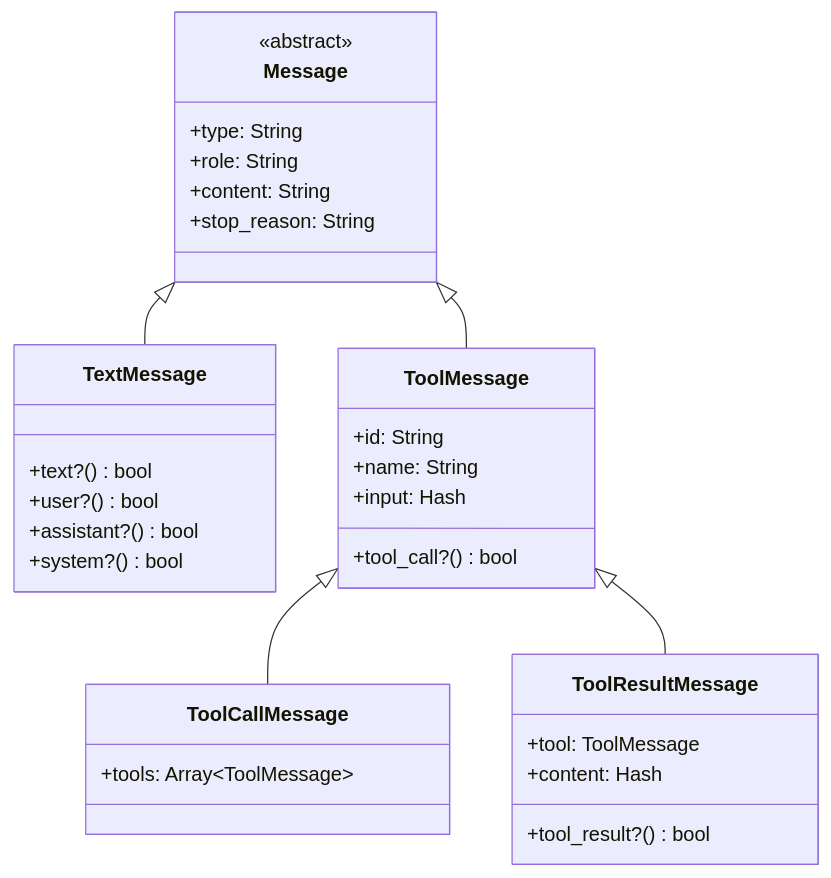
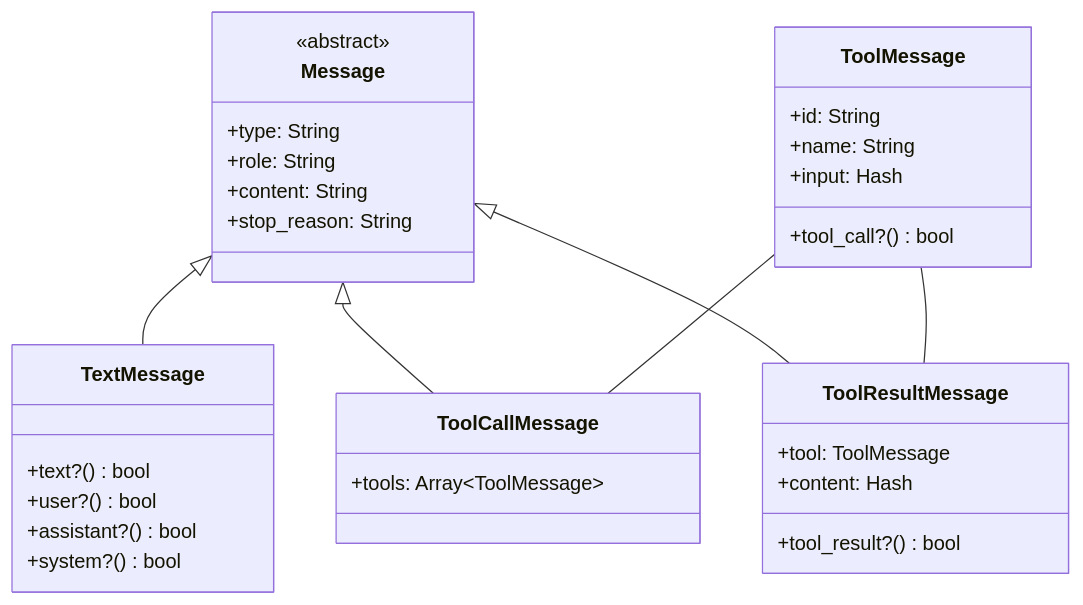
One commit to MadBomber/robot_lab changed the first of 3 diagrams in docs/architecture/message-flow.md. Above: the diagram before and after it, drawn with Mermaid. The commit also changed other lines of this file and 92 other files, not shown here.

````diff
--- a/docs/architecture/message-flow.md
+++ b/docs/architecture/message-flow.md
@@ -9,39 +9,40 @@
 ```mermaid
 classDiagram
     class Message {
         <<abstract>>
         +type: String
         +role: String
         +content: String
         +stop_reason: String
     }
 
     class TextMessage {
         +text?() bool
         +user?() bool
         +assistant?() bool
         +system?() bool
     }
 
     class ToolMessage {
         +id: String
         +name: String
         +input: Hash
         +tool_call?() bool
     }
 
     class ToolCallMessage {
         +tools: Array~ToolMessage~
     }
 
     class ToolResultMessage {
         +tool: ToolMessage
         +content: Hash
         +tool_result?() bool
     }
 
     Message <|-- TextMessage
-    Message <|-- ToolMessage
-    ToolMessage <|-- ToolCallMessage
-    ToolMessage <|-- ToolResultMessage
+    Message <|-- ToolCallMessage
+    Message <|-- ToolResultMessage
+    ToolMessage -- ToolCallMessage
+    ToolMessage -- ToolResultMessage
 ```
````
